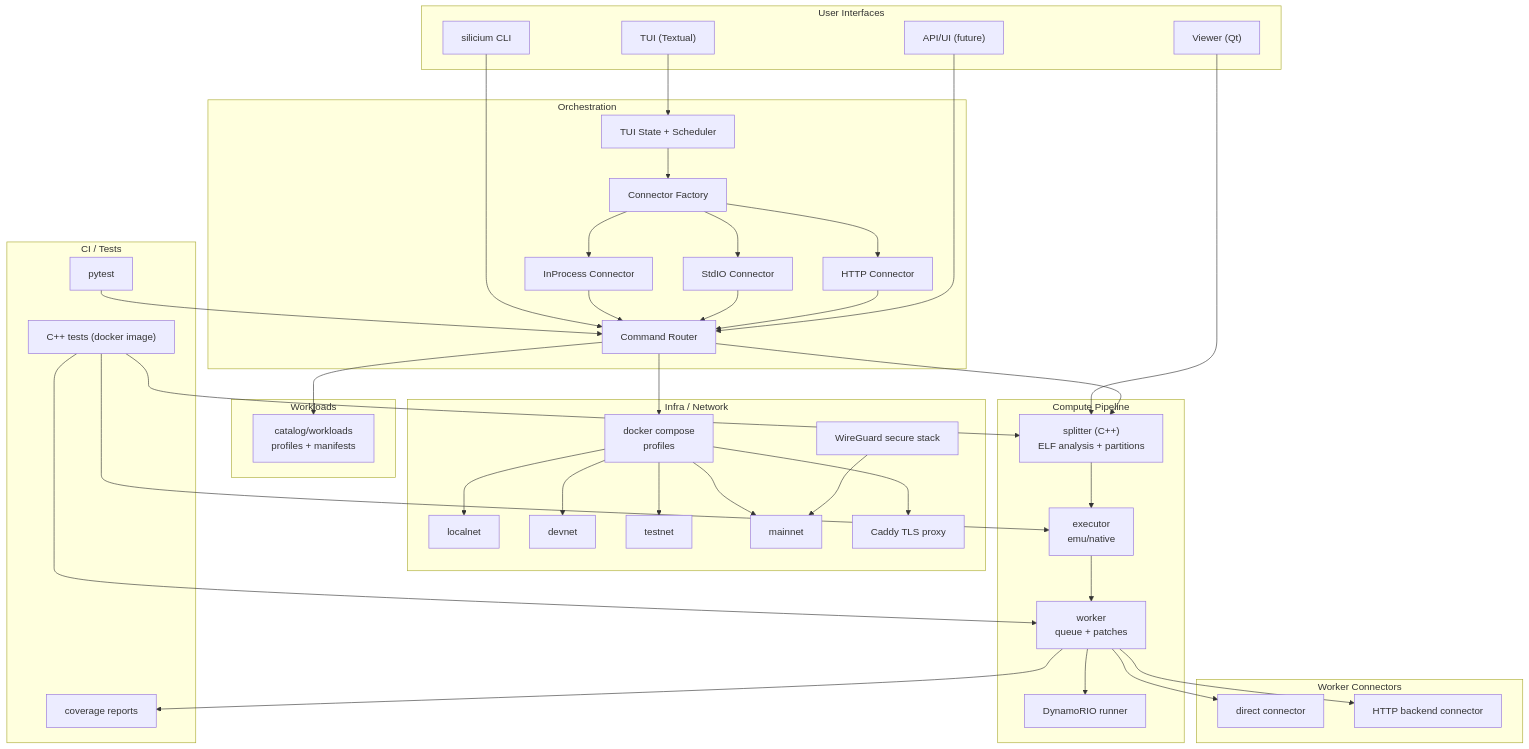
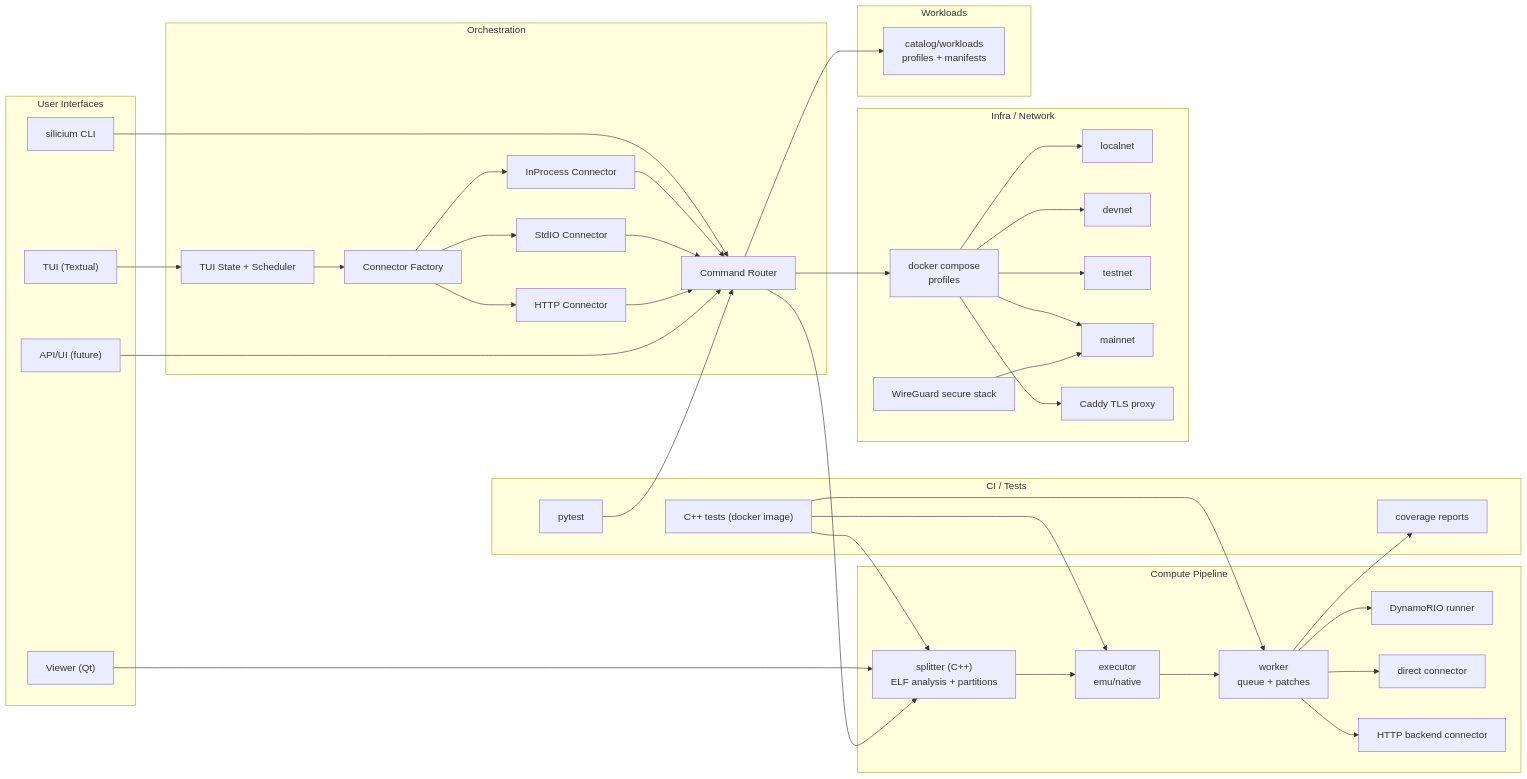
One commit to Silicium-Project/Fusion changed the diagram in README.md. Above: the diagram before and after it, drawn with Mermaid.

Commit message:
Reduce Mermaid crossings in README

````diff
--- a/README.md
+++ b/README.md
@@ -3,6 +3,6 @@
 ```mermaid
-flowchart TB
-  %% Left lane: UI + orchestration + compute
+flowchart LR
+  %% Columns: UI -> Orchestration -> Compute -> CI -> Infra
   subgraph UI["User Interfaces"]
     CLI["silicium CLI"]
     TUI["TUI (Textual)"]
@@ -27,19 +27,16 @@
     Worker["worker
 queue + patches"]
     Dynamo["DynamoRIO runner"]
-  end
-
-  subgraph Workloads["Workloads"]
-    Manifests["catalog/workloads
-profiles + manifests"]
-  end
-
-  subgraph Connectors["Worker Connectors"]
     Direct["direct connector"]
     HttpBackend["HTTP backend connector"]
   end
 
-  %% Right lane: infra / network
+  subgraph CI["CI / Tests"]
+    PyTests["pytest"]
+    CppTests["C++ tests (docker image)"]
+    Coverage["coverage reports"]
+  end
+
   subgraph Infra["Infra / Network"]
     Compose["docker compose
 profiles"]
@@ -51,14 +48,12 @@
     Wireguard["WireGuard secure stack"]
   end
 
-  %% Bottom lane: CI
-  subgraph CI["CI / Tests"]
-    PyTests["pytest"]
-    CppTests["C++ tests (docker image)"]
-    Coverage["coverage reports"]
+  subgraph Workloads["Workloads"]
+    Manifests["catalog/workloads
+profiles + manifests"]
   end
 
-  %% UI flow
+  %% UI flow (left -> right)
   CLI --> Cmds
   TUI --> TUIState --> ConnFactory
   ConnFactory --> InProc
@@ -70,14 +65,21 @@
   APIUI --> Cmds
   Viewer --> Splitter
 
-  %% Compute flow
+  %% Compute flow (left -> right)
   Cmds --> Manifests
   Cmds --> Splitter --> Executor --> Worker
   Worker --> Dynamo
   Worker --> Direct
   Worker --> HttpBackend
 
-  %% Infra flow
+  %% CI flow (left -> right)
+  PyTests --> Cmds
+  CppTests --> Splitter
+  CppTests --> Executor
+  CppTests --> Worker
+  Worker --> Coverage
+
+  %% Infra flow (left -> right)
   Cmds --> Compose
   Compose --> Localnet
   Compose --> Devnet
@@ -85,11 +87,4 @@
   Compose --> Mainnet
   Compose --> Proxy
   Wireguard --> Mainnet
-
-  %% CI flow
-  PyTests --> Cmds
-  CppTests --> Splitter
-  CppTests --> Executor
-  CppTests --> Worker
-  Worker --> Coverage
 ```
````
